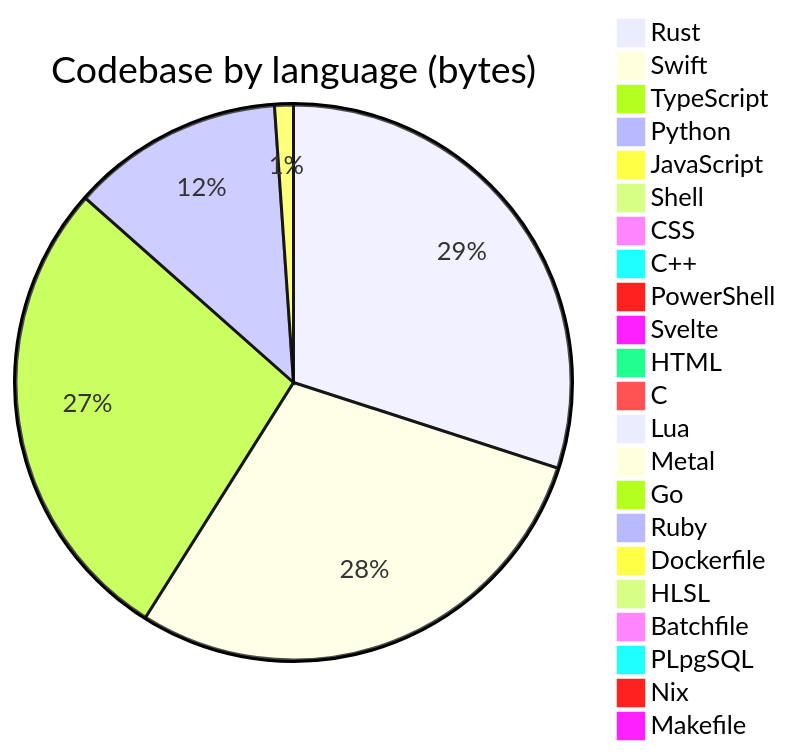
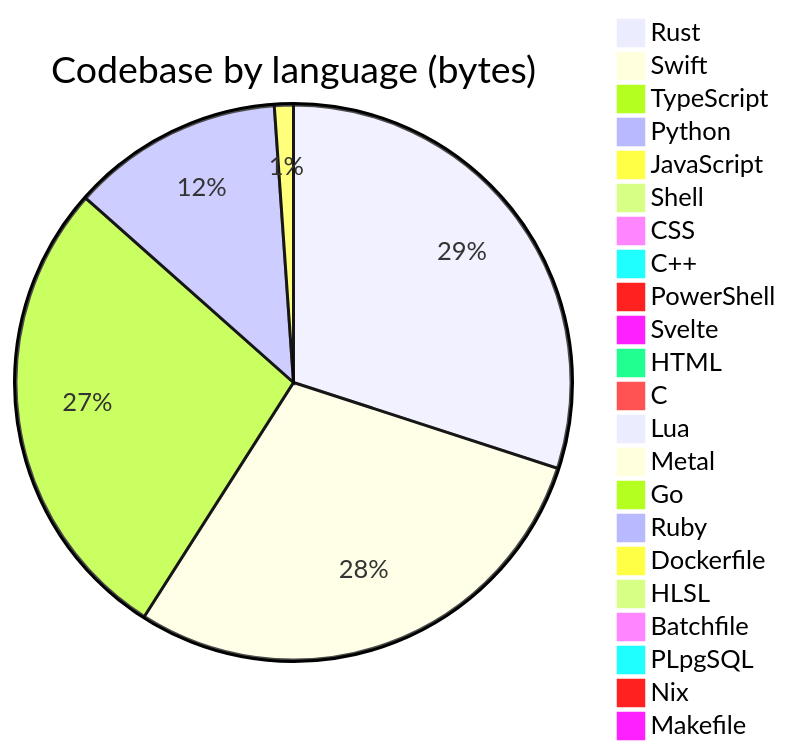
The diagram in profile/README.md (Open330/.github), drawn with Mermaid before and after one commit. The commit also changed other lines of this file and 1 other file, not shown here.

````diff
--- a/profile/README.md
+++ b/profile/README.md
@@ -140,25 +140,25 @@
 ```mermaid
 pie title Codebase by language (bytes)
-    "Rust" : 44758696
-    "Swift" : 43219651
-    "TypeScript" : 41180511
-    "Python" : 18457695
-    "JavaScript" : 1633764
-    "Shell" : 1513477
-    "CSS" : 615855
+    "Rust" : 44905424
+    "Swift" : 43448499
+    "TypeScript" : 41190205
+    "Python" : 18471818
+    "JavaScript" : 1653238
+    "Shell" : 1518349
+    "CSS" : 616033
     "C++" : 388775
     "PowerShell" : 333787
     "Svelte" : 275766
-    "HTML" : 227053
+    "HTML" : 227170
     "C" : 197825
     "Lua" : 48814
     "Metal" : 33192
     "Go" : 22811
     "Ruby" : 13263
     "Dockerfile" : 7804
     "HLSL" : 7527
     "Batchfile" : 5660
     "PLpgSQL" : 5283
     "Nix" : 3168
     "Makefile" : 2991
 ```
````
